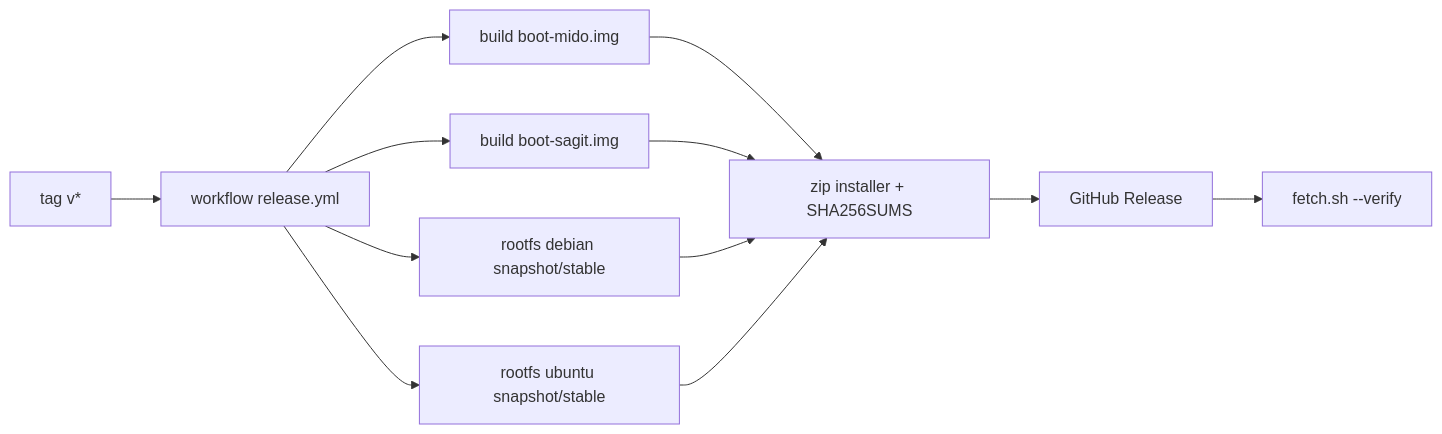
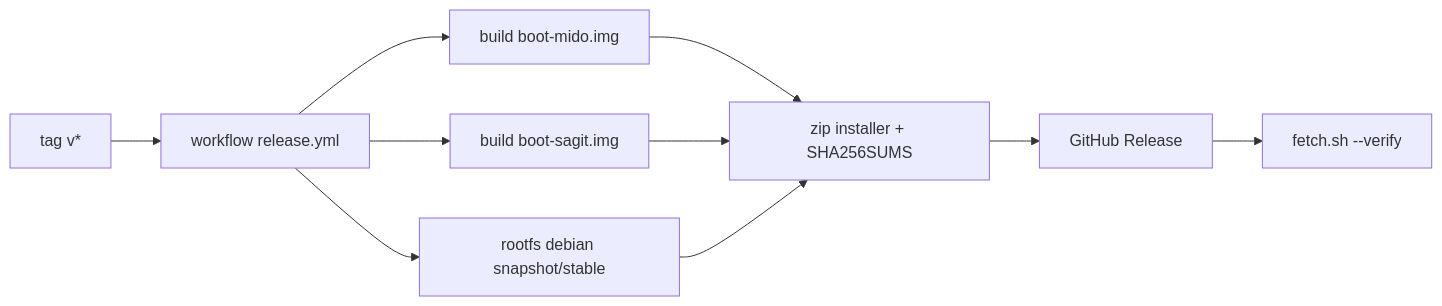
Before and after one commit to helmiau/debiandroid: the second of 2 diagrams in docs/design.md, drawn with Mermaid. The commit also changed other lines of this file and 6 other files, not shown here.

````diff
--- a/docs/design.md
+++ b/docs/design.md
@@ -140,14 +139,12 @@
 ```mermaid
 flowchart LR
     T[tag v*] --> W[workflow release.yml]
     W --> K1[build boot-mido.img]
     W --> K2[build boot-sagit.img]
     W --> R1[rootfs debian snapshot/stable]
-    W --> R2[rootfs ubuntu snapshot/stable]
     K1 --> Z[zip installer + SHA256SUMS]
     K2 --> Z
     R1 --> Z
-    R2 --> Z
     Z --> G[GitHub Release]
     G --> F[fetch.sh --verify]
 ```
````
